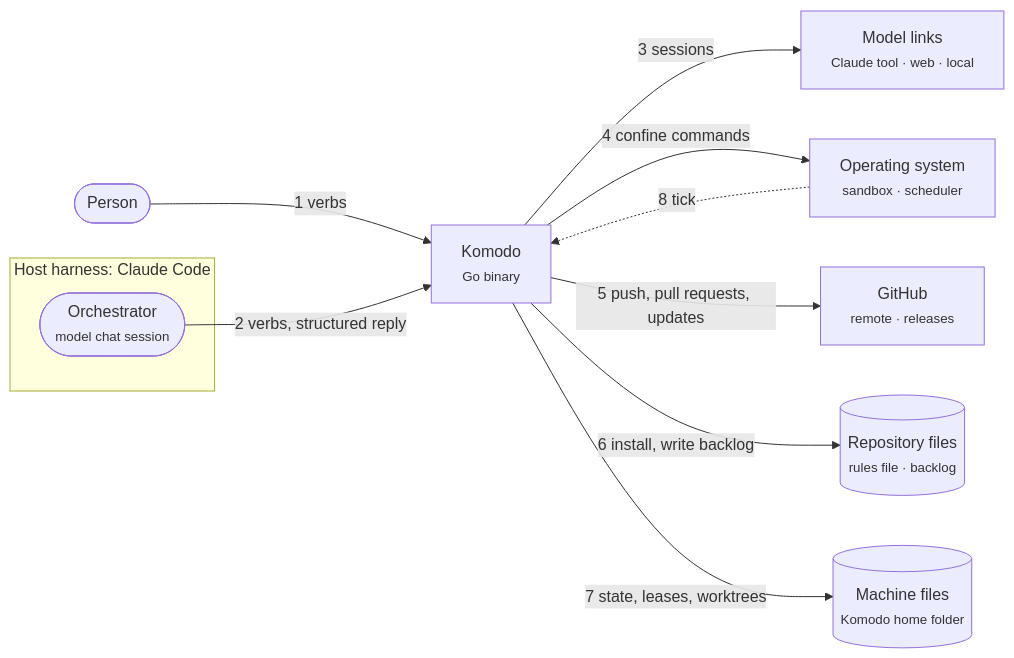
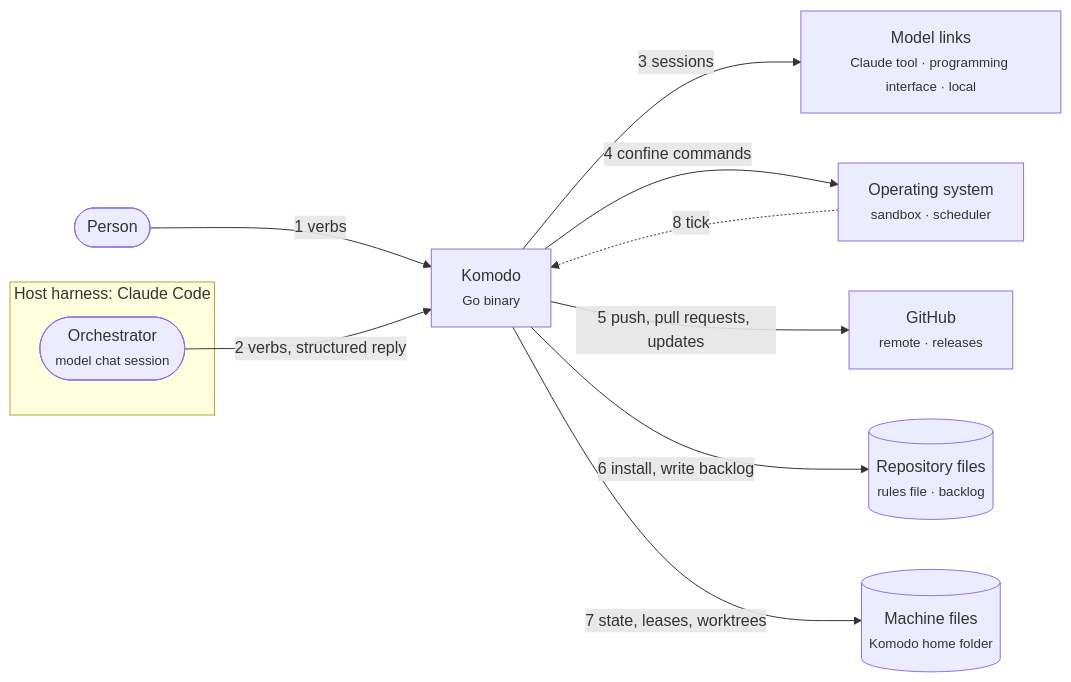
Before and after one commit to rdevitto86/komodo-agentic-harness-coding: the second of 45 diagrams in docs/hld.md, drawn with Mermaid. The commit also changed other lines of this file, not shown here.

````diff
--- a/docs/hld.md
+++ b/docs/hld.md
@@ -182,21 +182,21 @@
 ```mermaid
 flowchart LR
   H(["Person"]):::actor
   subgraph HH["Host harness: Claude Code"]
     O(["Orchestrator<br><small>model chat session</small>"]):::actor
   end
   K["Komodo<br><small>Go binary</small>"]:::core
-  M["Model links<br><small>Claude tool · web · local</small>"]:::ext
+  M["Model links<br><small>Claude tool · programming interface · local</small>"]:::ext
   S["Operating system<br><small>sandbox · scheduler</small>"]:::ext
   G["GitHub<br><small>remote · releases</small>"]:::ext
   RF[("Repository files<br><small>rules file · backlog</small>")]:::store
   MF[("Machine files<br><small>Komodo home folder</small>")]:::store
   H -->|"1 verbs"| K
   O -->|"2 verbs, structured reply"| K
   K -->|"3 sessions"| M
   K -->|"4 confine commands"| S
   K -->|"5 push, pull requests, updates"| G
   K -->|"6 install, write backlog"| RF
   K -->|"7 state, leases, worktrees"| MF
   S -.->|"8 tick"| K
 ```
````
